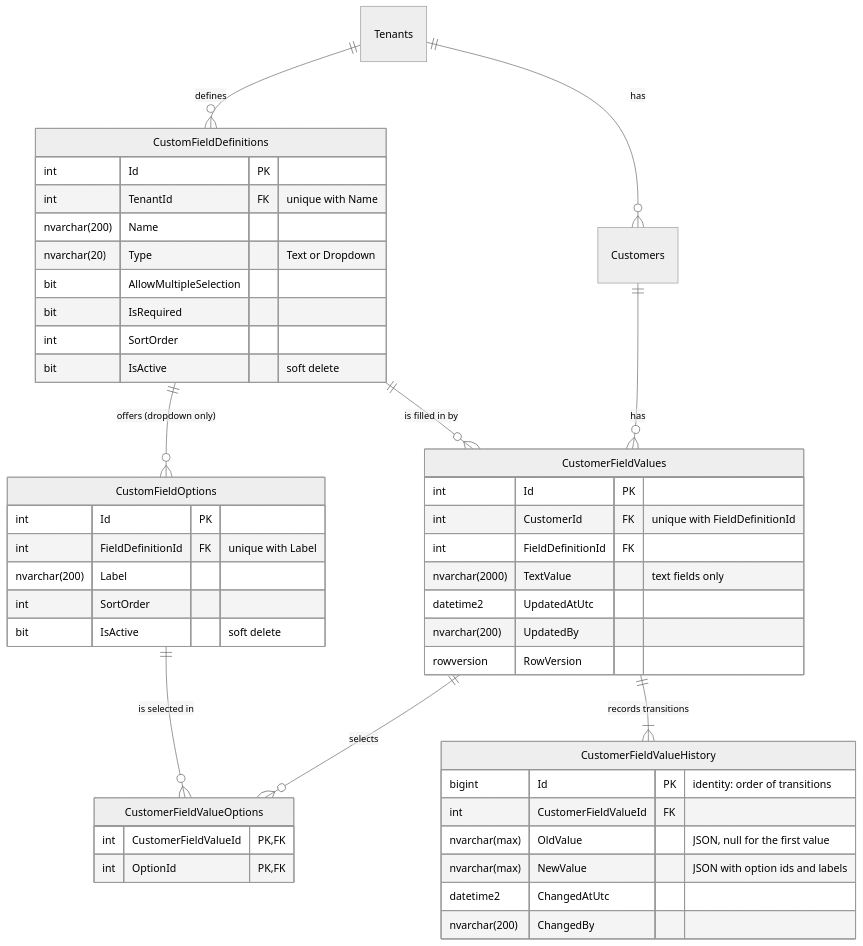
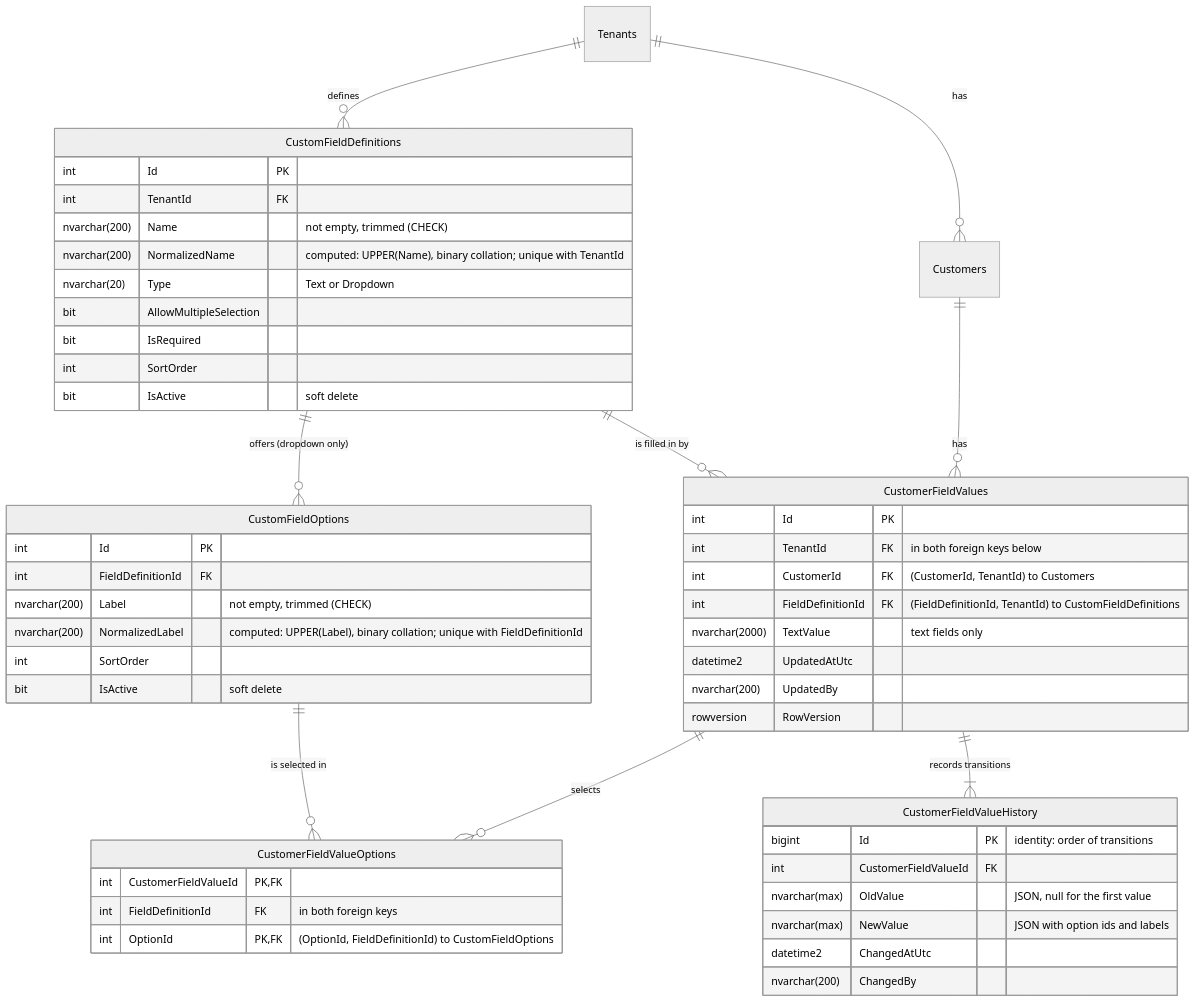
The second of 2 diagrams in README.md (KSoul777/SubscriptionCommerce), drawn with Mermaid (neutral theme) before and after one commit. The commit also changed other lines of this file and 3 other files, not shown here.

Commit message:
Update README and diagrams for the review changes

````diff
--- a/README.md
+++ b/README.md
@@ -337,50 +379,54 @@
 ```mermaid
 erDiagram
     Tenants ||--o{ Customers : "has"
     Tenants ||--o{ CustomFieldDefinitions : "defines"
     CustomFieldDefinitions ||--o{ CustomFieldOptions : "offers (dropdown only)"
     Customers ||--o{ CustomerFieldValues : "has"
     CustomFieldDefinitions ||--o{ CustomerFieldValues : "is filled in by"
     CustomerFieldValues ||--o{ CustomerFieldValueOptions : "selects"
     CustomFieldOptions ||--o{ CustomerFieldValueOptions : "is selected in"
     CustomerFieldValues ||--|{ CustomerFieldValueHistory : "records transitions"
 
     CustomFieldDefinitions {
         int Id PK
-        int TenantId FK "unique with Name"
-        nvarchar(200) Name
+        int TenantId FK
+        nvarchar(200) Name "not empty, trimmed (CHECK)"
+        nvarchar(200) NormalizedName "computed: UPPER(Name), binary collation; unique with TenantId"
         nvarchar(20) Type "Text or Dropdown"
         bit AllowMultipleSelection
         bit IsRequired
         int SortOrder
         bit IsActive "soft delete"
     }
     CustomFieldOptions {
         int Id PK
-        int FieldDefinitionId FK "unique with Label"
-        nvarchar(200) Label
+        int FieldDefinitionId FK
+        nvarchar(200) Label "not empty, trimmed (CHECK)"
+        nvarchar(200) NormalizedLabel "computed: UPPER(Label), binary collation; unique with FieldDefinitionId"
         int SortOrder
         bit IsActive "soft delete"
     }
     CustomerFieldValues {
         int Id PK
-        int CustomerId FK "unique with FieldDefinitionId"
-        int FieldDefinitionId FK
+        int TenantId FK "in both foreign keys below"
+        int CustomerId FK "(CustomerId, TenantId) to Customers"
+        int FieldDefinitionId FK "(FieldDefinitionId, TenantId) to CustomFieldDefinitions"
         nvarchar(2000) TextValue "text fields only"
         datetime2 UpdatedAtUtc
         nvarchar(200) UpdatedBy
         rowversion RowVersion
     }
     CustomerFieldValueOptions {
         int CustomerFieldValueId PK, FK
-        int OptionId PK, FK
+        int FieldDefinitionId FK "in both foreign keys"
+        int OptionId PK, FK "(OptionId, FieldDefinitionId) to CustomFieldOptions"
     }
     CustomerFieldValueHistory {
         bigint Id PK "identity: order of transitions"
         int CustomerFieldValueId FK
         nvarchar(max) OldValue "JSON, null for the first value"
         nvarchar(max) NewValue "JSON with option ids and labels"
         datetime2 ChangedAtUtc
         nvarchar(200) ChangedBy
     }
 ```
````
